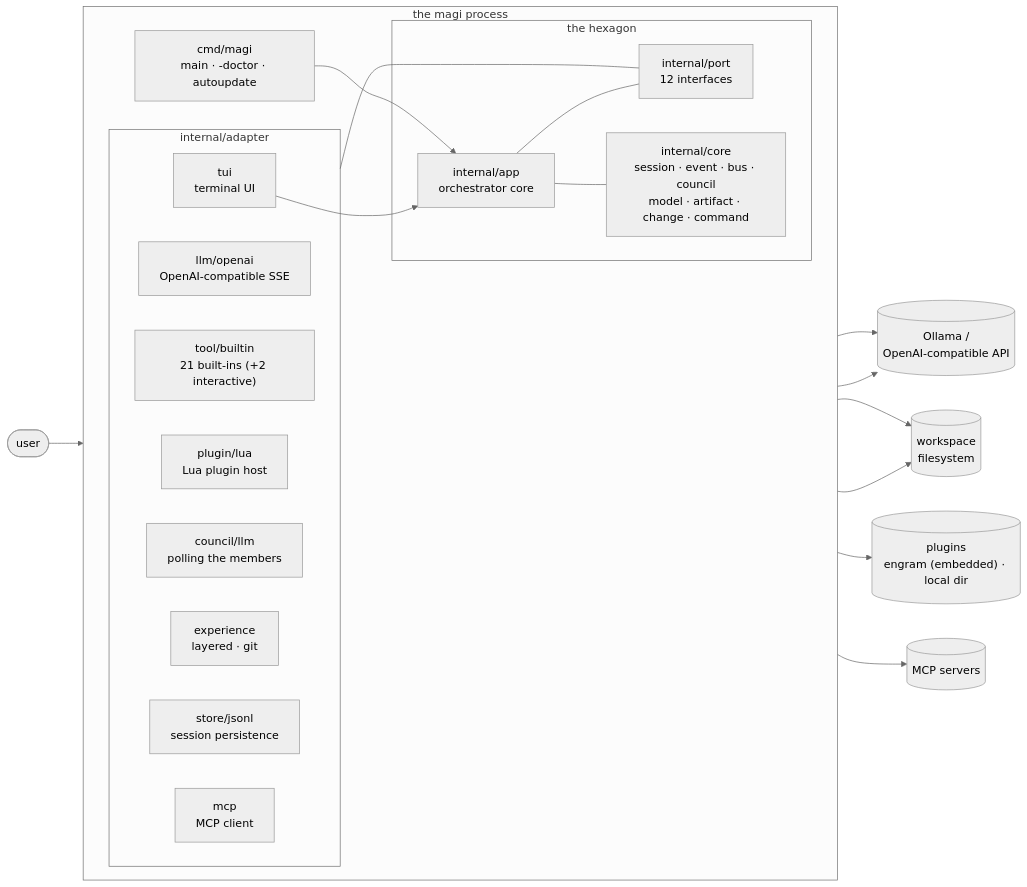
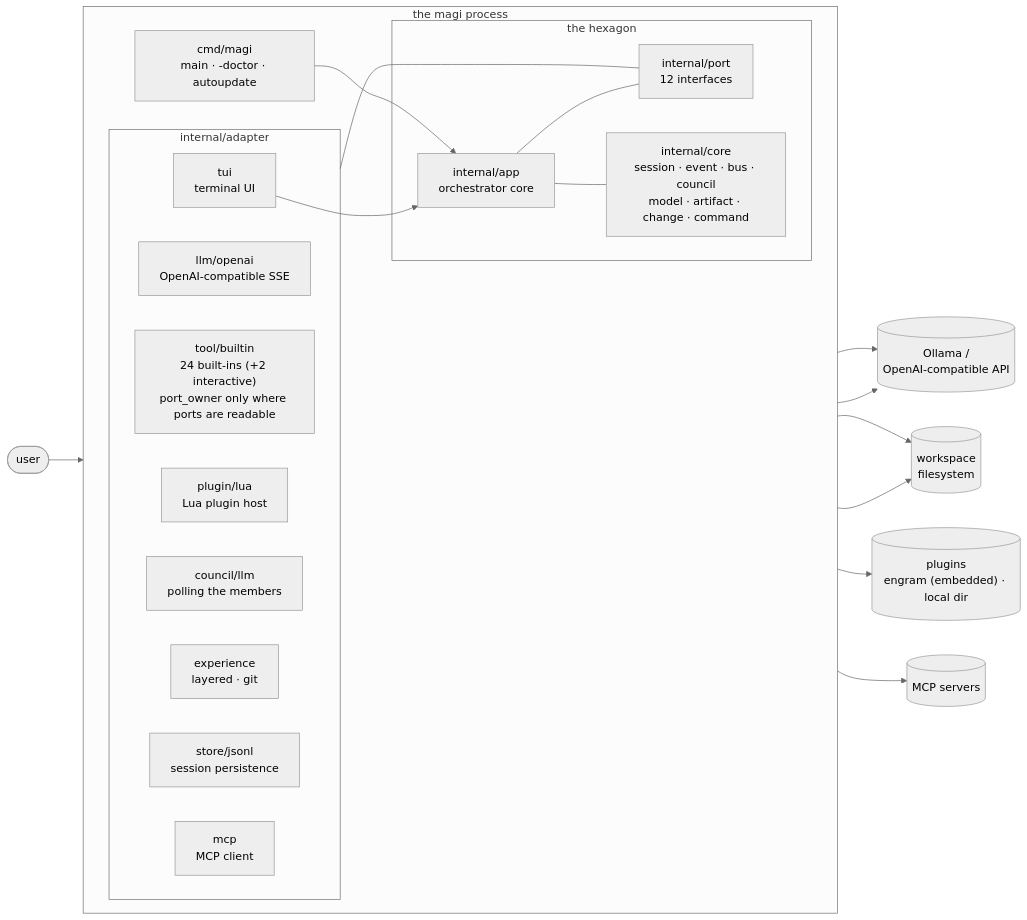
Before and after one commit to sayaya1090/magi: the first of 19 diagrams in docs/DIAGRAMS.md, drawn with Mermaid. The commit also changed 3 other files, not shown here.

````diff
--- a/docs/DIAGRAMS.md
+++ b/docs/DIAGRAMS.md
@@ -35,40 +35,40 @@
 ```mermaid
 %%{init: {'theme':'neutral','flowchart':{'curve':'basis'}}}%%
 flowchart LR
   user(["user"])
   subgraph proc["the magi process"]
     direction LR
     cmd["cmd/magi<br/>main · -doctor · autoupdate"]
     subgraph hex["the hexagon"]
       app["internal/app<br/>orchestrator core"]
       port["internal/port<br/>12 interfaces"]
       core["internal/core<br/>session · event · bus · council<br/>model · artifact · change · command"]
     end
     subgraph adp["internal/adapter"]
       tui["tui<br/>terminal UI"]
       llm["llm/openai<br/>OpenAI-compatible SSE"]
-      tools["tool/builtin<br/>21 built-ins (+2 interactive)"]
+      tools["tool/builtin<br/>24 built-ins (+2 interactive)<br/>port_owner only where ports are readable"]
       lua["plugin/lua<br/>Lua plugin host"]
       council["council/llm<br/>polling the members"]
       exp["experience<br/>layered · git"]
       store["store/jsonl<br/>session persistence"]
       mcp["mcp<br/>MCP client"]
     end
   end
   ollama[("Ollama /<br/>OpenAI-compatible API")]
   ws[("workspace<br/>filesystem")]
   plug[("plugins<br/>engram (embedded) · local dir")]
   mcpsrv[("MCP servers")]
 
   user --> tui --> app
   cmd --> app
   app --- port
   app --- core
   port --- adp
   llm --> ollama
   council --> ollama
   tools --> ws
   lua --> plug
   mcp --> mcpsrv
   store --> ws
 ```
````
